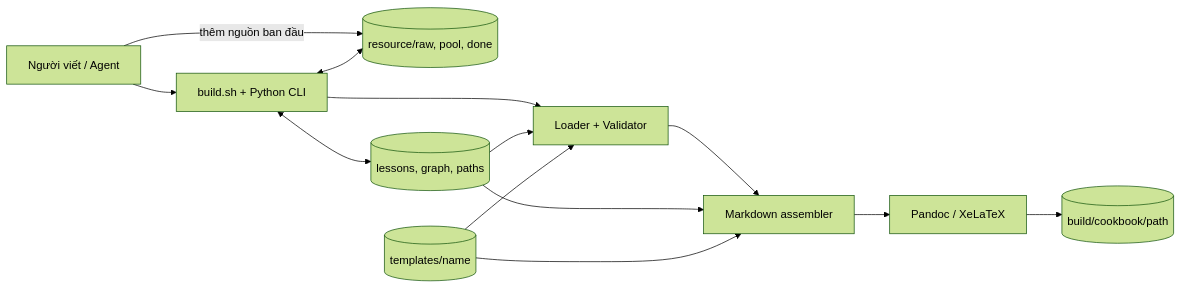
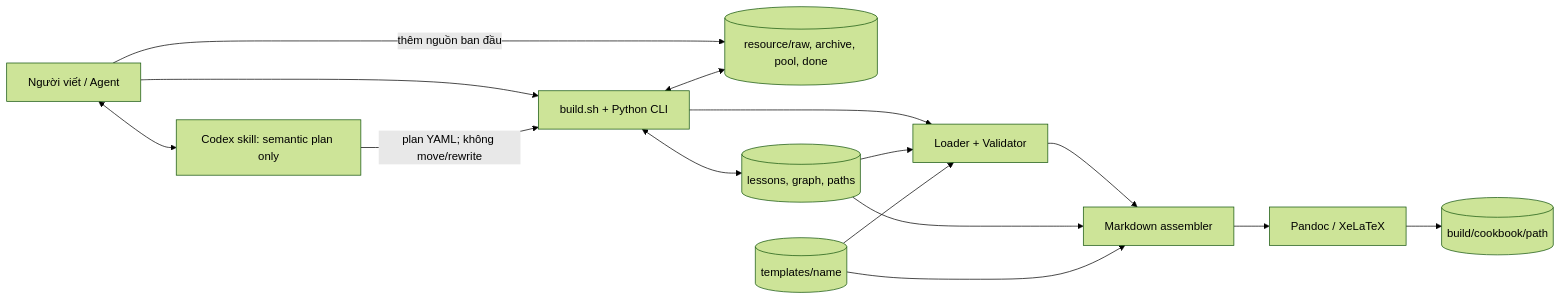
Before and after one commit to haiphamthanh/utils_knowledge_lesson_builder: the first of 5 diagrams in docs/architecture.md, drawn with Mermaid (forest theme). The commit also changed other lines of this file and 13 other files, not shown here.

Commit message:
feat: add AI-assisted raw resource workflow

````diff
--- a/docs/architecture.md
+++ b/docs/architecture.md
@@ -30,25 +30,28 @@
 ```mermaid
 flowchart LR
     Author[Người viết / Agent]
     CLI[build.sh + Python CLI]
-    Resource[(resource/raw, pool, done)]
+    Resource[(resource/raw, archive, pool, done)]
+    AI[Codex skill: semantic plan only]
     Knowledge[(lessons, graph, paths)]
     Template[(templates/name)]
     Validator[Loader + Validator]
     Renderer[Markdown assembler]
     Pandoc[Pandoc / XeLaTeX]
     Output[(build/cookbook/path)]
 
     Author --> CLI
     Author -->|thêm nguồn ban đầu| Resource
+    Author <--> AI
+    AI -->|plan YAML; không move/rewrite| CLI
     CLI <--> Resource
     CLI <--> Knowledge
     CLI --> Validator
     Knowledge --> Validator
     Template --> Validator
     Validator --> Renderer
     Knowledge --> Renderer
     Template --> Renderer
     Renderer --> Pandoc
     Pandoc --> Output
 ```
````
